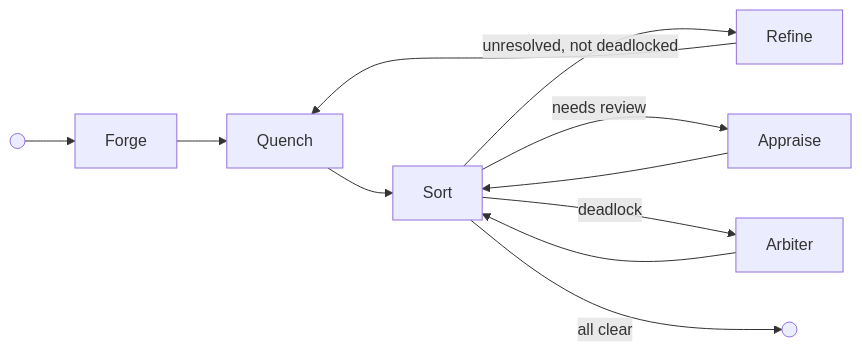
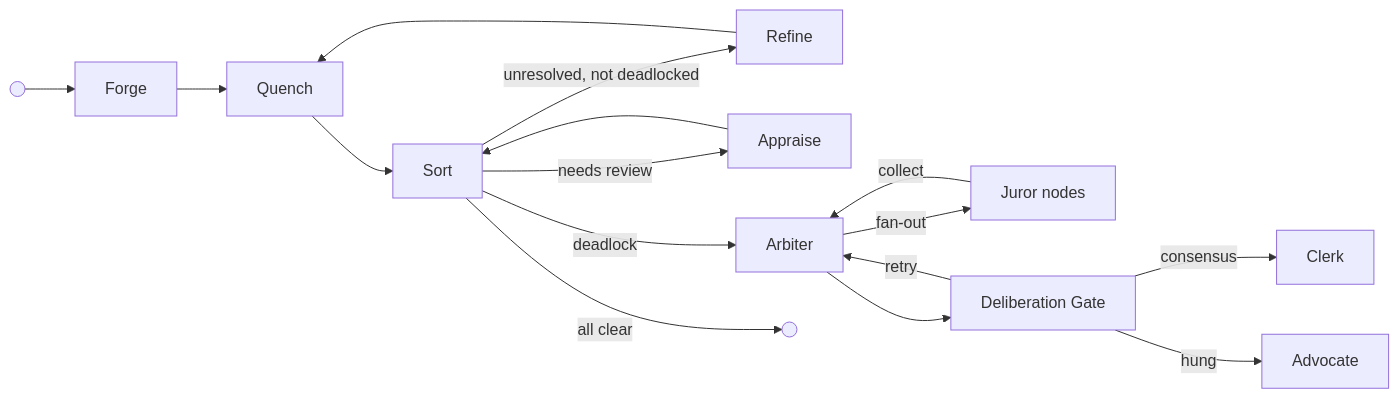
The first of 4 diagrams in specs/01-concepts/02-foundry-cycle.md (really-knows-ai/gideas), drawn with Mermaid before and after one commit. The commit also changed other lines of this file and 20 other files, not shown here.

````diff
--- a/specs/01-concepts/02-foundry-cycle.md
+++ b/specs/01-concepts/02-foundry-cycle.md
@@ -76,15 +133,20 @@
 ```mermaid
 flowchart LR
     Start(( )) --> Forge
     Forge --> Quench
     Quench --> Sort
 
     Sort -->|unresolved, not deadlocked| Refine
     Sort -->|needs review| Appraise
     Sort -->|deadlock| Arbiter
     Sort -->|all clear| Completed(( ))
 
     Appraise --> Sort
     Refine --> Quench
-    Arbiter --> Sort
+    Arbiter -->|fan-out| Jurors[Juror nodes]
+    Jurors -->|collect| Arbiter
+    Arbiter --> DG[Deliberation Gate]
+    DG -->|consensus| Clerk
+    DG -->|retry| Arbiter
+    DG -->|hung| Advocate
 ```
````
